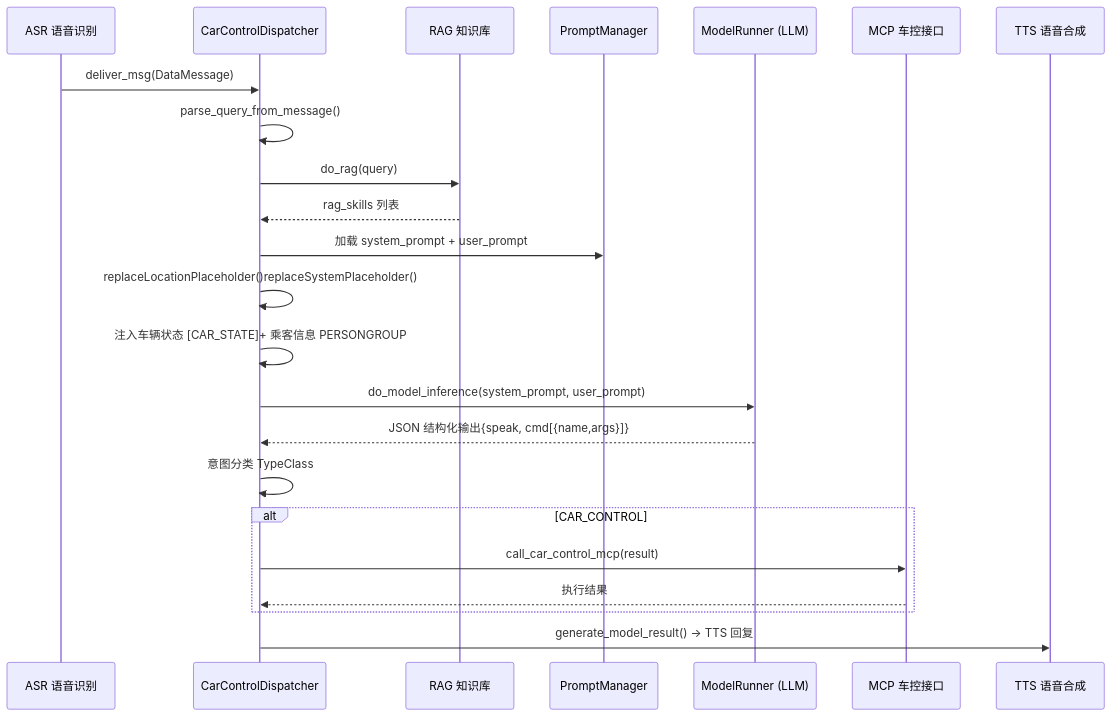
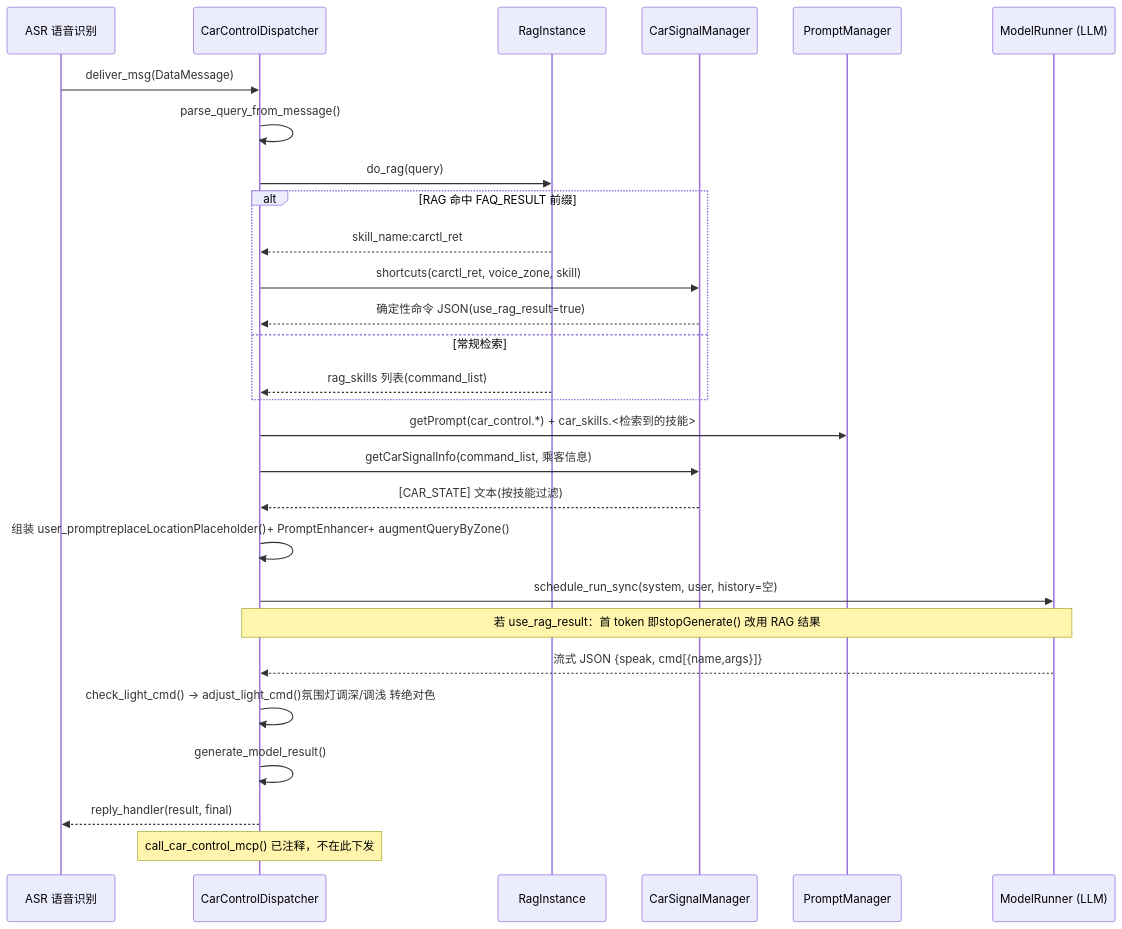
The second of 5 diagrams in cockpit/projects/agent-framework/agent-group.md (ranpin/edge-ai-docs), drawn with Mermaid before and after one commit. The commit also changed other lines of this file and 12 other files, not shown here.

````diff
--- a/cockpit/projects/agent-framework/agent-group.md
+++ b/cockpit/projects/agent-framework/agent-group.md
@@ -118,26 +173,31 @@
 ```mermaid
 sequenceDiagram
     participant ASR as ASR 语音识别
     participant CC as CarControlDispatcher
-    participant RAG as RAG 知识库
+    participant RAG as RagInstance
+    participant CSM as CarSignalManager
     participant PM as PromptManager
     participant LLM as ModelRunner (LLM)
-    participant MCP as MCP 车控接口
-    participant TTS as TTS 语音合成
 
     ASR->>CC: deliver_msg(DataMessage)
     CC->>CC: parse_query_from_message()
     CC->>RAG: do_rag(query)
-    RAG-->>CC: rag_skills 列表
-    CC->>PM: 加载 system_prompt + user_prompt
-    CC->>CC: replaceLocationPlaceholder()replaceSystemPlaceholder()
-    CC->>CC: 注入车辆状态 [CAR_STATE]+ 乘客信息 PERSONGROUP
-    CC->>LLM: do_model_inference(system_prompt, user_prompt)
-    LLM-->>CC: JSON 结构化输出{speak, cmd[{name,args}]}
-    CC->>CC: 意图分类 TypeClass
-    alt CAR_CONTROL
-        CC->>MCP: call_car_control_mcp(result)
-        MCP-->>CC: 执行结果
+    alt RAG 命中 FAQ_RESULT 前缀
+        RAG-->>CC: skill_name:carctl_ret
+        CC->>CSM: shortcuts(carctl_ret, voice_zone, skill)
+        CSM-->>CC: 确定性命令 JSON(use_rag_result=true)
+    else 常规检索
+        RAG-->>CC: rag_skills 列表(command_list)
     end
-    CC->>TTS: generate_model_result() -> TTS 回复
+    CC->>PM: getPrompt(car_control.*) + car_skills.<检索到的技能>
+    CC->>CSM: getCarSignalInfo(command_list, 乘客信息)
+    CSM-->>CC: [CAR_STATE] 文本(按技能过滤)
+    CC->>CC: 组装 user_promptreplaceLocationPlaceholder()+ PromptEnhancer+ augmentQueryByZone()
+    CC->>LLM: schedule_run_sync(system, user, history=空)
+    Note over CC,LLM: 若 use_rag_result：首 token 即stopGenerate() 改用 RAG 结果
+    LLM-->>CC: 流式 JSON {speak, cmd[{name,args}]}
+    CC->>CC: check_light_cmd() -> adjust_light_cmd()氛围灯调深/调浅 转绝对色
+    CC->>CC: generate_model_result()
+    CC-->>ASR: reply_handler(result, final)
+    Note over CC: call_car_control_mcp() 已注释，不在此下发
 ```
````
